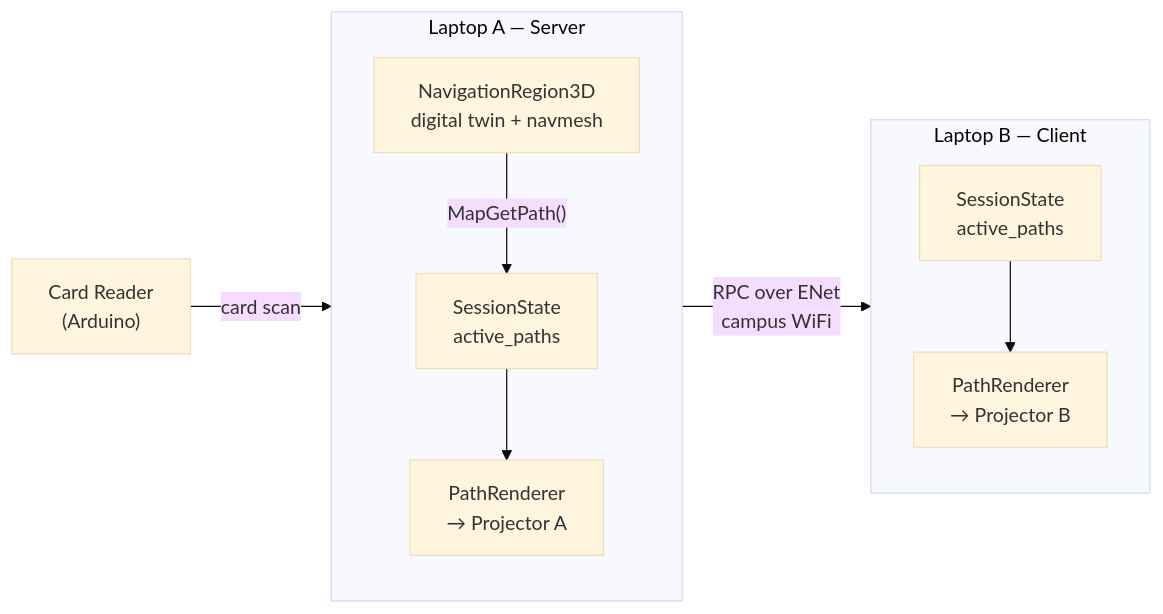
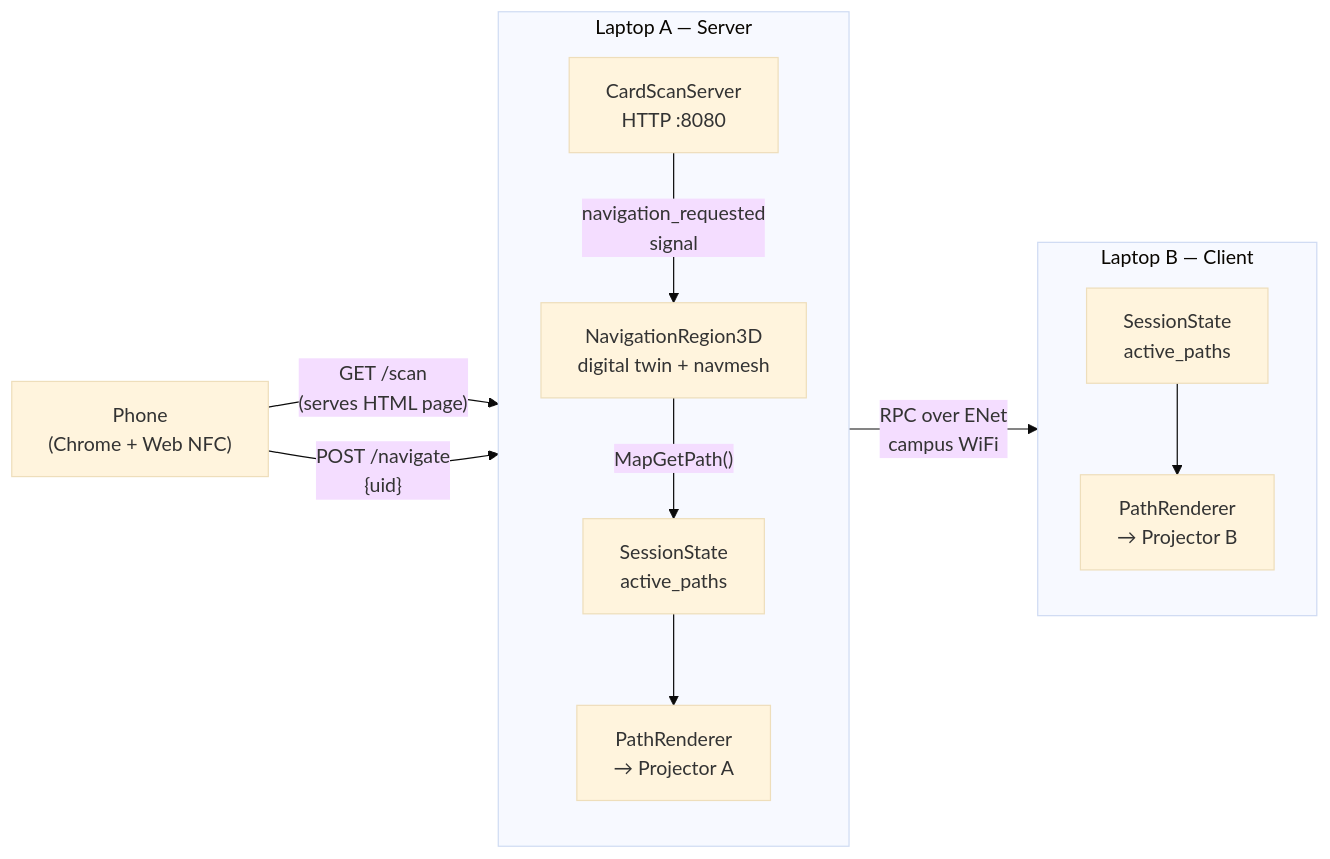
The diagram in README.md (magicaltermite/projection-mapping), drawn with Mermaid (base theme) before and after one commit. The commit also changed other lines of this file and 4 other files, not shown here.

First line of the commit message:
Added phone NFC kisok and CardScanServer

````diff
--- a/README.md
+++ b/README.md
@@ -128,23 +128,26 @@
 ```mermaid
 flowchart LR
-    CARD["Card Reader\n(Arduino)"]
+    PHONE["Phone\n(Chrome + Web NFC)"]
 
     subgraph SERVER["Laptop A — Server"]
         direction TB
+        CSS["CardScanServer\nHTTP :8080"]
         NAV["NavigationRegion3D\ndigital twin + navmesh"]
         SS_S["SessionState\nactive_paths"]
         PRA["PathRenderer\n→ Projector A"]
     end
 
     subgraph CLIENT["Laptop B — Client"]
         direction TB
         SS_C["SessionState\nactive_paths"]
         PRB["PathRenderer\n→ Projector B"]
     end
 
-    CARD -->|"card scan"| NAV
+    PHONE -->|"GET /scan\n(serves HTML page)"| CSS
+    PHONE -->|"POST /navigate\n{uid}"| CSS
+    CSS -->|"navigation_requested\nsignal"| NAV
     NAV -->|"MapGetPath()"| SS_S
     SS_S --> PRA
     SS_S -->|"RPC over ENet\ncampus WiFi"| SS_C
     SS_C --> PRB
 ```
````
